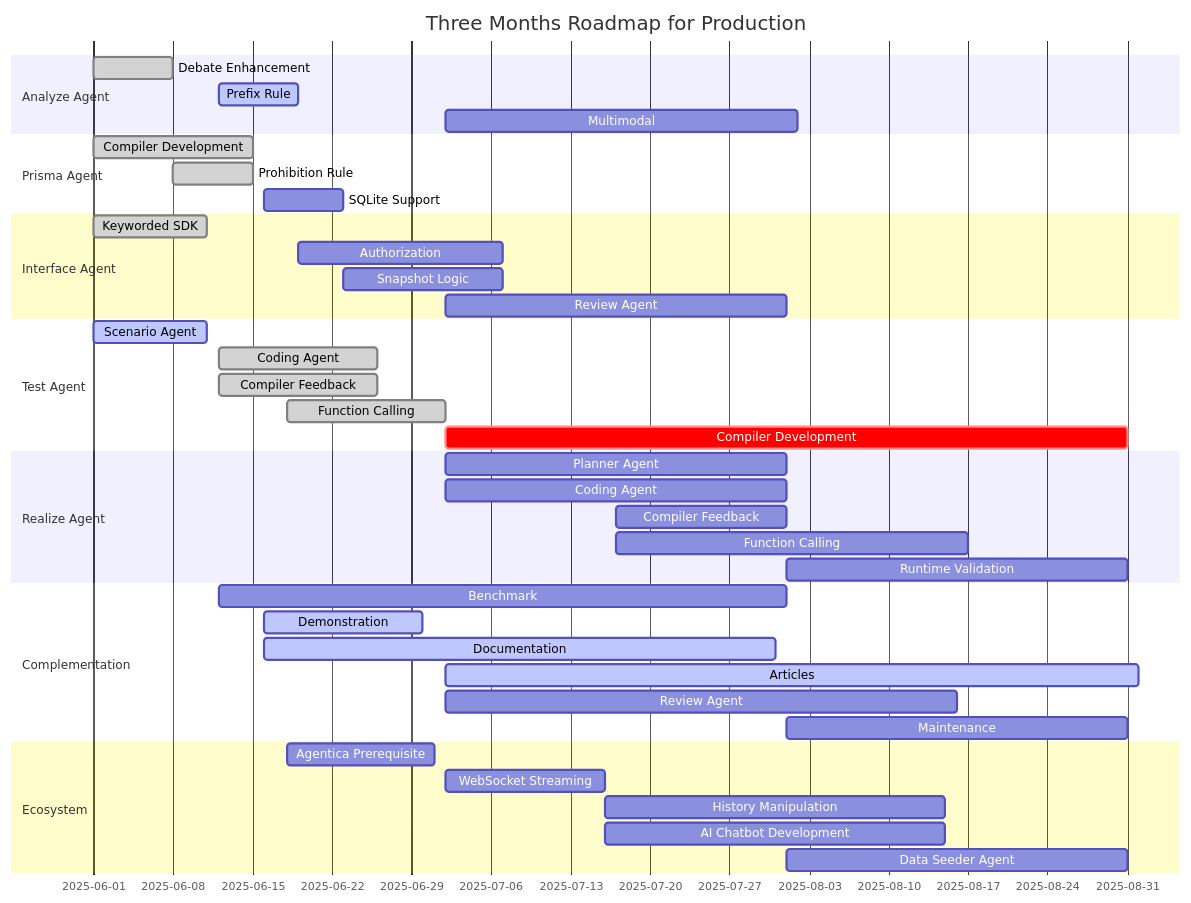
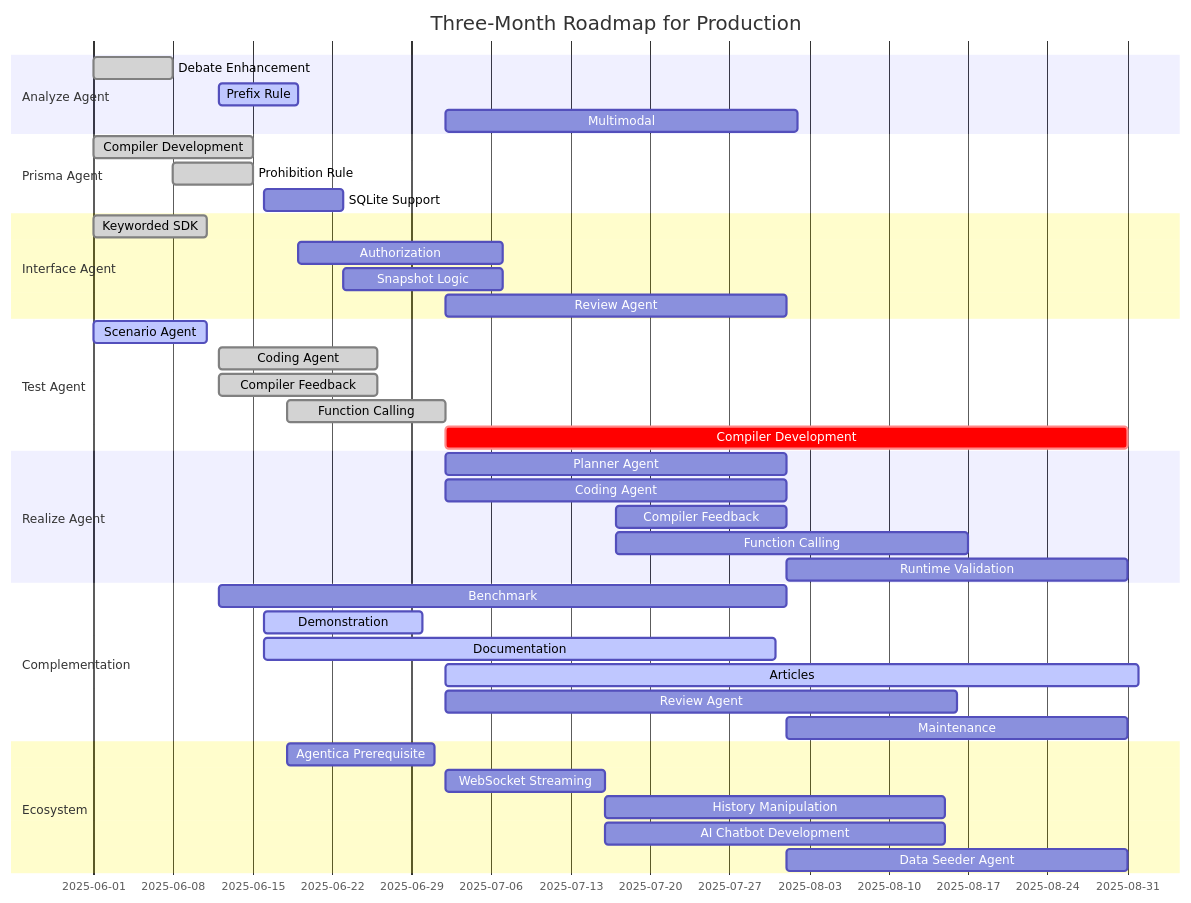
Before and after one commit to RavenView-ai/autobe: the diagram in website/template/AutoBeRoadmapPreface.mdx, drawn with Mermaid. The commit also changed other lines of this file and 17 other files, not shown here.

````diff
--- a/website/template/AutoBeRoadmapPreface.mdx
+++ b/website/template/AutoBeRoadmapPreface.mdx
@@ -1,50 +1,50 @@
 ```mermaid
 gantt
   dateFormat YYYY-MM-DD
-  title Three Months Roadmap for Production
+  title Three-Month Roadmap for Production
 
   section Analyze Agent
   Debate Enhancement: done,    2025-06-01,  7d
   Prefix Rule:          active,  2025-06-12,  7d
   Multimodal:           planned, 2025-07-02, 31d
 
   section Prisma Agent
   Compiler Development: done,    2025-06-01, 14d
   Prohibition Rule:     done,    2025-06-08,  7d
   SQLite Support:       planned, 2025-06-16,  7d
 
   section Interface Agent
   Keyworded SDK:  done,    2025-06-01, 10d
   Authorization:  planned, 2025-06-19, 18d
   Snapshot Logic: planned, 2025-06-23, 14d
   Review Agent:   planned, 2025-07-02, 30d
 
   section Test Agent
   Scenario Agent:       active, 2025-06-01, 10d        
   Coding Agent:         done,   2025-06-12, 14d
   Compiler Feedback:    done,   2025-06-12, 14d
   Function Calling:     done,   2025-06-18, 14d
   Compiler Development: crit,   2025-07-02, 60d
 
   section Realize Agent
   Planner Agent:      planned, 2025-07-02, 30d
   Coding Agent:       planned, 2025-07-02, 30d
   Compiler Feedback:  planned, 2025-07-17, 15d
   Function Calling:   planned, 2025-07-17, 31d
   Runtime Validation: planned, 2025-08-01, 30d
 
   section Complementation
   Benchmark:     planned, 2025-06-12, 50d
   Demonstration: active,  2025-06-16, 14d
   Documentation: active,  2025-06-16, 45d
   Articles:      active,  2025-07-02, 61d
   Review Agent:  planned, 2025-07-02, 45d
   Maintenance:   planned, 2025-08-01, 30d
 
   section Ecosystem
   Agentica Prerequisite:  planned, 2025-06-18, 13d
   WebSocket Streaming:    planned, 2025-07-02, 14d
   History Manipulation:   planned, 2025-07-16, 30d
   AI Chatbot Development: planned, 2025-07-16, 30d
   Data Seeder Agent:      planned, 2025-08-01, 30d
 ```
````
